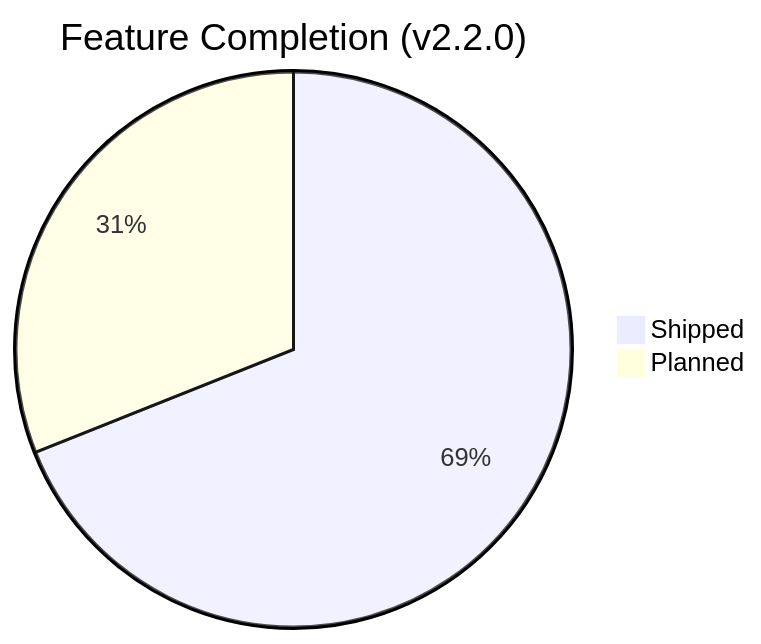
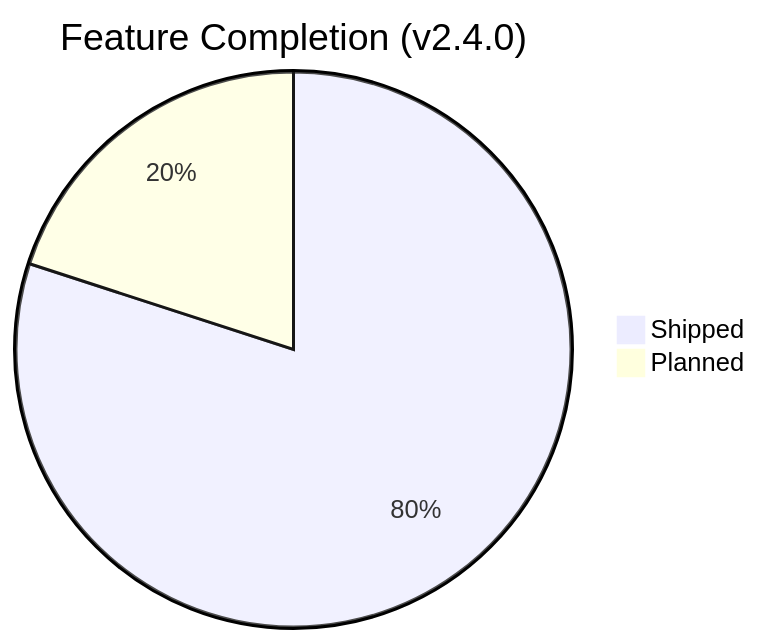
One commit to abdullahtalsayed/RMI-Task-Allocator-Project changed the second of 2 diagrams in README.md. Above: the diagram before and after it, drawn with Mermaid. The commit also changed other lines of this file, not shown here.

Commit message:
fix: update README roadmap and completion chart to v2.4.0

````diff
--- a/README.md
+++ b/README.md
@@ -109,5 +109,5 @@
 ```mermaid
-pie title Feature Completion (v2.2.0)
-    "Shipped" : 20
-    "Planned"  : 9
+pie title Feature Completion (v2.4.0)
+    "Shipped" : 24
+    "Planned"  : 6
 ```
````
